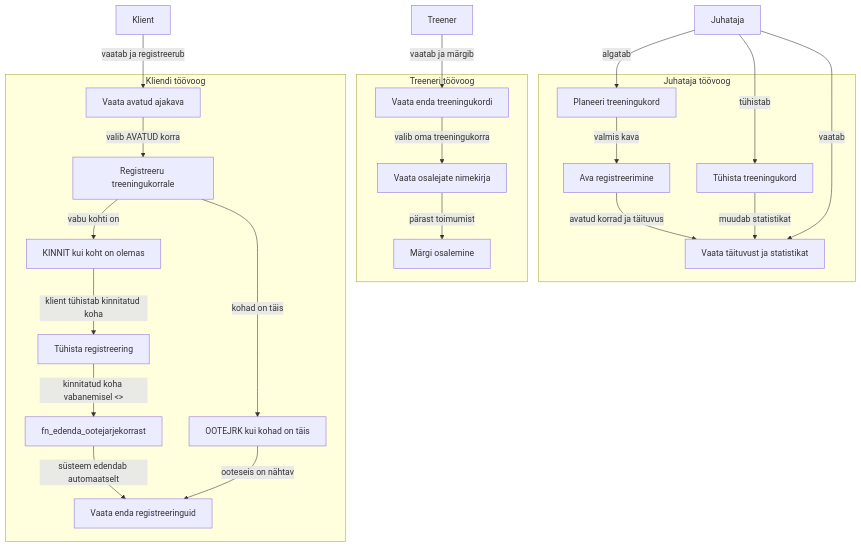
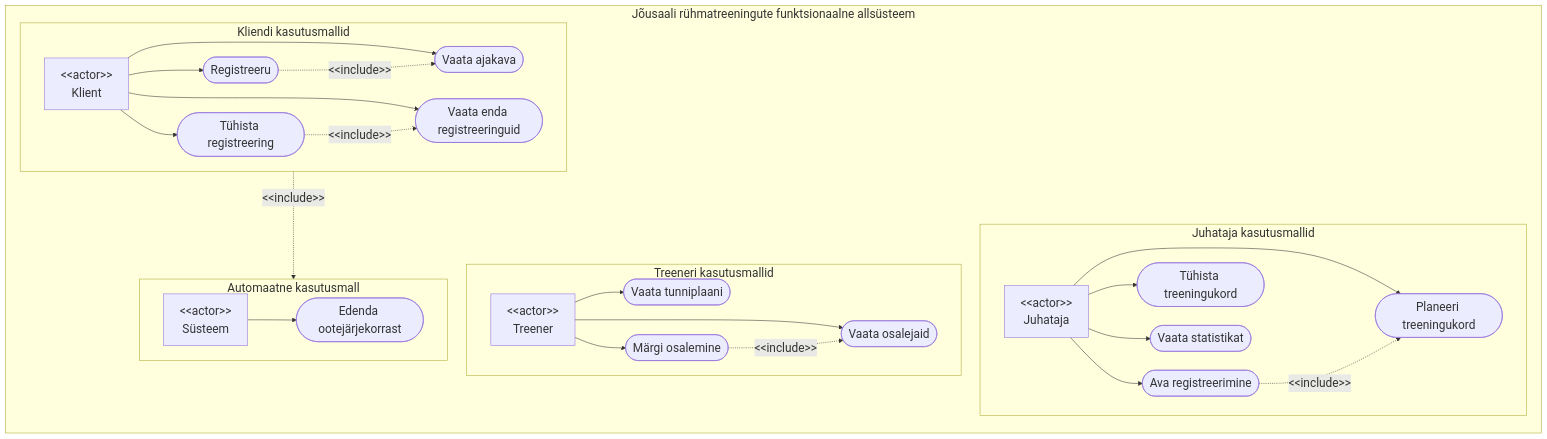
Before and after one commit to tamkivi/andmebaasid-projekt: the diagram in diagrams/02_use_cases.mmd, drawn with Mermaid. The commit also changed 29 other files, not shown here.

```diff
--- a/diagrams/02_use_cases.mmd
+++ b/diagrams/02_use_cases.mmd
@@ -1,45 +1,55 @@
+%%{init: {"themeVariables": {"fontSize": "22px"}, "flowchart": {"nodeSpacing": 35, "rankSpacing": 40}}}%%
 flowchart TB
-    JUH["Juhataja"]
-    TRE["Treener"]
-    KLI["Klient"]
+    subgraph SYSBOUND["Jõusaali rühmatreeningute funktsionaalne allsüsteem"]
+        direction TB
 
-    subgraph "Juhataja töövoog"
-        P["Planeeri treeningukord"]
-        A["Ava registreerimine"]
-        C["Tühista treeningukord"]
-        S["Vaata täituvust ja statistikat"]
-        P -->|"valmis kava"| A
-        A -->|"avatud korrad ja täituvus"| S
-        C -->|"muudab statistikat"| S
+        subgraph MGR["Juhataja kasutusmallid"]
+            direction LR
+            JUH["&lt;&lt;actor&gt;&gt;<br/>Juhataja"]
+            P(["Planeeri treeningukord"])
+            A(["Ava registreerimine"])
+            C(["Tühista treeningukord"])
+            S(["Vaata statistikat"])
+            JUH --> P
+            JUH --> A
+            JUH --> C
+            JUH --> S
+        end
+
+        subgraph TRN["Treeneri kasutusmallid"]
+            direction LR
+            TRE["&lt;&lt;actor&gt;&gt;<br/>Treener"]
+            TT(["Vaata tunniplaani"])
+            R(["Vaata osalejaid"])
+            O(["Märgi osalemine"])
+            TRE --> TT
+            TRE --> R
+            TRE --> O
+        end
+
+        subgraph CLI["Kliendi kasutusmallid"]
+            direction LR
+            KLI["&lt;&lt;actor&gt;&gt;<br/>Klient"]
+            AJ(["Vaata ajakava"])
+            REG(["Registreeru"])
+            TYH(["Tühista registreering"])
+            MINU(["Vaata enda registreeringuid"])
+            KLI --> AJ
+            KLI --> REG
+            KLI --> TYH
+            KLI --> MINU
+        end
+
+        subgraph AUTO["Automaatne kasutusmall"]
+            direction LR
+            SYS["&lt;&lt;actor&gt;&gt;<br/>Süsteem"]
+            ED(["Edenda ootejärjekorrast"])
+            SYS --> ED
+        end
     end
 
-    subgraph "Treeneri töövoog"
-        TT["Vaata enda treeningukordi"]
-        R["Vaata osalejate nimekirja"]
-        O["Märgi osalemine"]
-        TT -->|"valib oma treeningukorra"| R
-        R -->|"pärast toimumist"| O
-    end
-
-    subgraph "Kliendi töövoog"
-        AJ["Vaata avatud ajakava"]
-        REG["Registreeru treeningukorrale"]
-        KIN["KINNIT kui koht on olemas"]
-        OOT["OOTEJRK kui kohad on täis"]
-        TYH["Tühista registreering"]
-        ED["fn_edenda_ootejarjekorrast"]
-        MINU["Vaata enda registreeringuid"]
-        AJ -->|"valib AVATUD korra"| REG
-        REG -->|"vabu kohti on"| KIN
-        REG -->|"kohad on täis"| OOT
-        KIN -->|"klient tühistab kinnitatud koha"| TYH
-        TYH -->|"kinnitatud koha vabanemisel <<include>>"| ED
-        ED -->|"süsteem edendab automaatselt"| MINU
-        OOT -->|"ooteseis on nähtav"| MINU
-    end
-
-    JUH -->|"algatab"| P
-    JUH -->|"tühistab"| C
-    JUH -->|"vaatab"| S
-    TRE -->|"vaatab ja märgib"| TT
-    KLI -->|"vaatab ja registreerub"| AJ
+    A -. "&lt;&lt;include&gt;&gt;" .-> P
+    REG -. "&lt;&lt;include&gt;&gt;" .-> AJ
+    TYH -. "&lt;&lt;include&gt;&gt;" .-> MINU
+    TYH -. "&lt;&lt;include&gt;&gt;" .-> ED
+    O -. "&lt;&lt;include&gt;&gt;" .-> R
```
